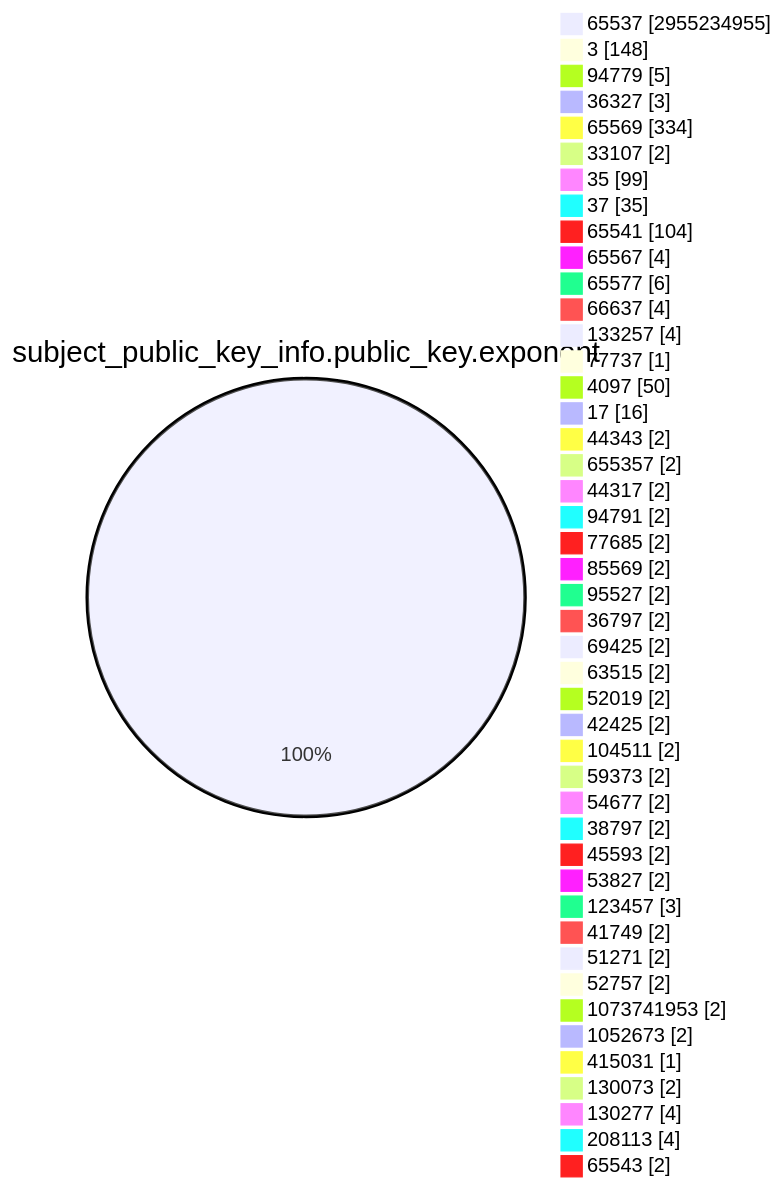
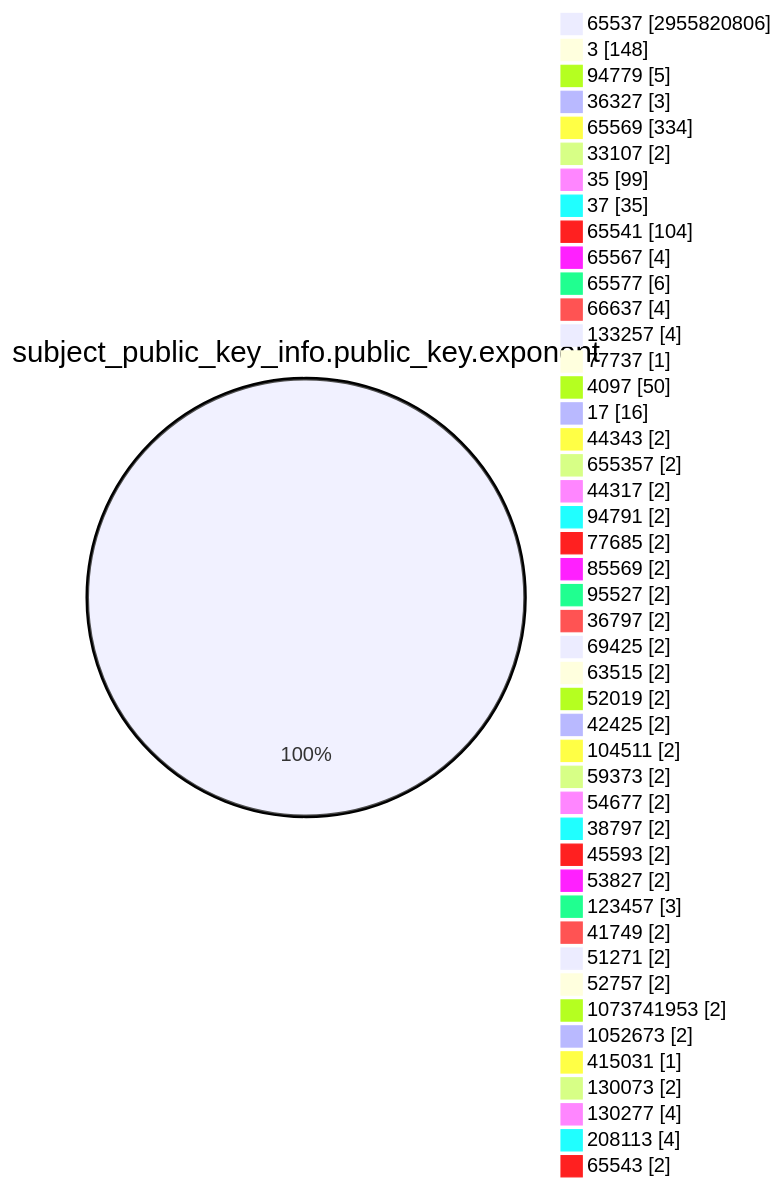
One commit to christiankrug/ctmonitor_visualization changed the fourth of 15 diagrams in TOTAL/README.md. Above: the diagram before and after it, drawn with Mermaid. The commit also changed other lines of this file, not shown here.

````diff
--- a/TOTAL/README.md
+++ b/TOTAL/README.md
@@ -1471,49 +1471,49 @@
 ```mermaid
 pie showData
 title subject_public_key_info.public_key.exponent
-"65537" :2955234955
+"65537" :2955820806
 "3" :148
 "94779" :5
 "36327" :3
 "65569" :334
 "33107" :2
 "35" :99
 "37" :35
 "65541" :104
 "65567" :4
 "65577" :6
 "66637" :4
 "133257" :4
 "77737" :1
 "4097" :50
 "17" :16
 "44343" :2
 "655357" :2
 "44317" :2
 "94791" :2
 "77685" :2
 "85569" :2
 "95527" :2
 "36797" :2
 "69425" :2
 "63515" :2
 "52019" :2
 "42425" :2
 "104511" :2
 "59373" :2
 "54677" :2
 "38797" :2
 "45593" :2
 "53827" :2
 "123457" :3
 "41749" :2
 "51271" :2
 "52757" :2
 "1073741953" :2
 "1052673" :2
 "415031" :1
 "130073" :2
 "130277" :4
 "208113" :4
 "65543" :2
 ```
````
